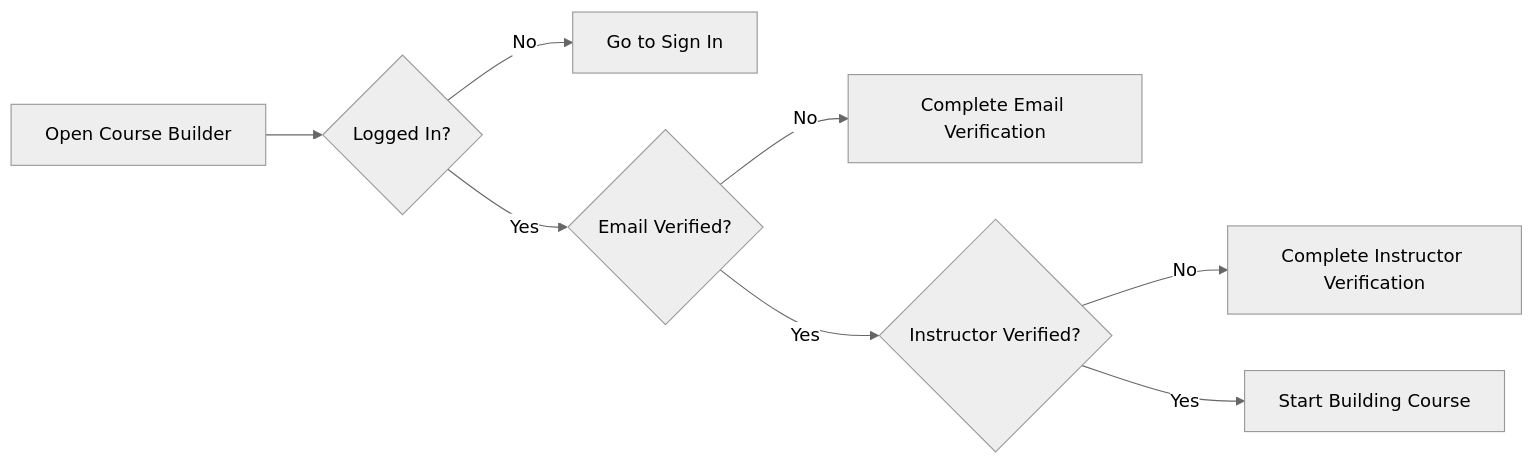
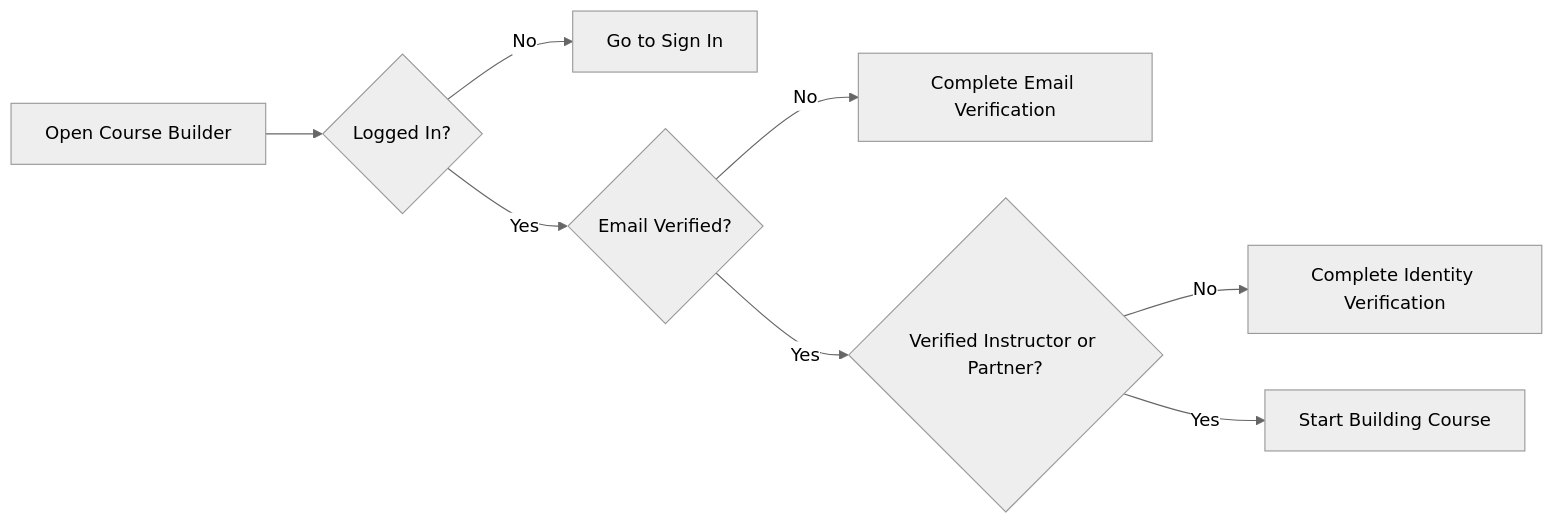
The first of 15 diagrams in docs/INSTRUCTOR_COURSE_BUILDER_FLOW.md (niduslab/Career-College-Backend), drawn with Mermaid (neutral theme) before and after one commit. The commit also changed other lines of this file and 20 other files, not shown here.

````diff
--- a/docs/INSTRUCTOR_COURSE_BUILDER_FLOW.md
+++ b/docs/INSTRUCTOR_COURSE_BUILDER_FLOW.md
@@ -39,10 +43,10 @@
 ```mermaid
 flowchart LR
 A[Open Course Builder] --> B{Logged In?}
 B -- No --> C[Go to Sign In]
 B -- Yes --> D{Email Verified?}
 D -- No --> E[Complete Email Verification]
-D -- Yes --> F{Instructor Verified?}
-F -- No --> G[Complete Instructor Verification]
+D -- Yes --> F{Verified Instructor or Partner?}
+F -- No --> G[Complete Identity Verification]
 F -- Yes --> H[Start Building Course]
 ```
````
